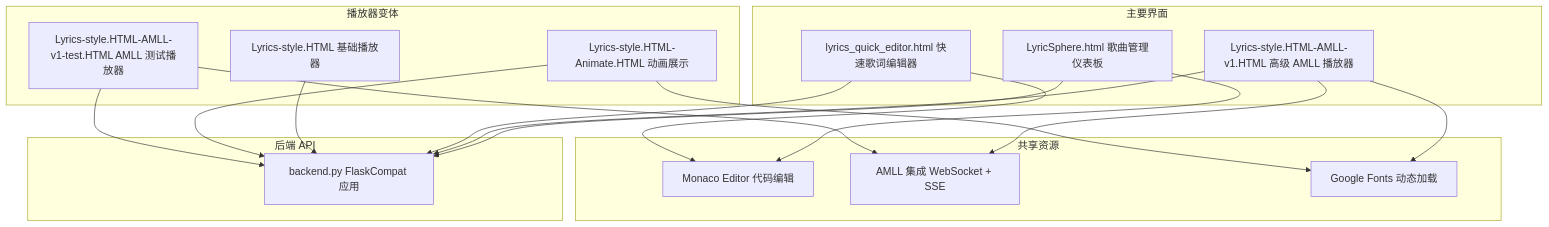
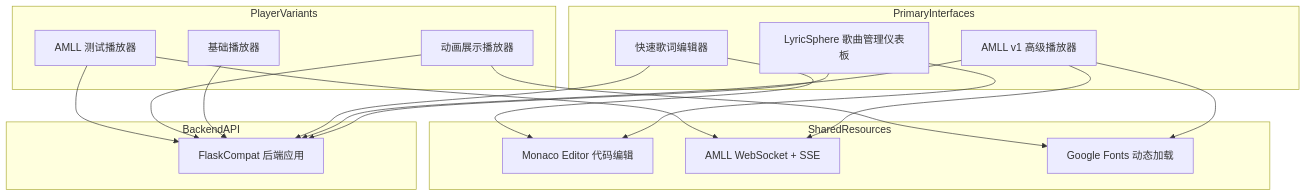
One commit to HKLHaoBin/LyricSphere changed the sixth of 44 diagrams in README.md. Above: the diagram before and after it, drawn with Mermaid. The commit also changed other lines of this file, not shown here.

First line of the commit message:
docs: 更新流程图中的中文标签为英文并优化格式

````diff
--- a/README.md
+++ b/README.md
@@ -635,48 +635,51 @@
 ```mermaid
 flowchart TD
-    MainDashboard["LyricSphere.html 歌曲管理仪表板"]
-    AMMLPlayerV1["Lyrics-style.HTML-AMLL-v1.HTML 高级 AMLL 播放器"]
-    QuickEditorUI["lyrics_quick_editor.html 快速歌词编辑器"]
-    BasicPlayer["Lyrics-style.HTML 基础播放器"]
-    AnimatePlayer["Lyrics-style.HTML-Animate.HTML 动画展示"]
-    AMLLIntegration["Lyrics-style.HTML-AMLL-v1-test.HTML AMLL 测试播放器"]
-    APIServer["backend.py FlaskCompat 应用"]
+    MainDashboard["LyricSphere 歌曲管理仪表板"]
+    AMMLPlayerV1["AMLL v1 高级播放器"]
+    QuickEditorUI["快速歌词编辑器"]
+    BasicPlayer["基础播放器"]
+    AnimatePlayer["动画展示播放器"]
+    AMLLIntegration["AMLL 测试播放器"]
+    APIServer["FlaskCompat 后端应用"]
     MonacoEditor["Monaco Editor 代码编辑"]
-    AMLLAPI["AMLL 集成 WebSocket + SSE"]
+    AMLLAPI["AMLL WebSocket + SSE"]
     GoogleFonts["Google Fonts 动态加载"]
 
     MainDashboard --> APIServer
     AMMLPlayerV1 --> APIServer
     QuickEditorUI --> APIServer
     BasicPlayer --> APIServer
     AnimatePlayer --> APIServer
     AMLLIntegration --> APIServer
+
     MainDashboard --> MonacoEditor
     QuickEditorUI --> MonacoEditor
+
     AMMLPlayerV1 --> AMLLAPI
     AMLLIntegration --> AMLLAPI
+
     AMMLPlayerV1 --> GoogleFonts
     AnimatePlayer --> GoogleFonts
 
-    subgraph SharedResources[共享资源]
+    subgraph SharedResources
         MonacoEditor
         AMLLAPI
         GoogleFonts
     end
 
-    subgraph BackendAPI[后端 API]
+    subgraph BackendAPI
         APIServer
     end
 
-    subgraph PlayerVariants[播放器变体]
+    subgraph PlayerVariants
         BasicPlayer
         AnimatePlayer
         AMLLIntegration
     end
 
-    subgraph PrimaryInterfaces[主要界面]
+    subgraph PrimaryInterfaces
         MainDashboard
         AMMLPlayerV1
         QuickEditorUI
     end
 ```
````
